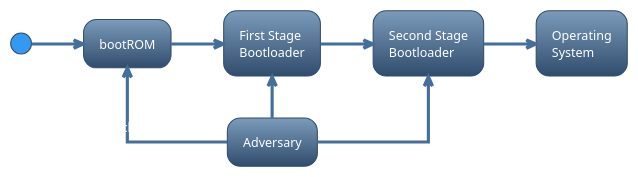
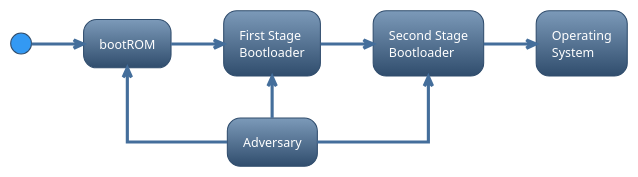
One commit to orjangj/cookbook changed the second of 10 diagrams in security/secure_boot.md. Above: the diagram before and after it, drawn with PlantUML. The commit also changed other lines of this file, not shown here.

Commit message:
secure boot: finalize abstract and introduction

````diff
--- a/security/secure_boot.md
+++ b/security/secure_boot.md
@@ -111,17 +117,17 @@
 ```plantuml
 @startuml
 
 !theme spacelab
 skinparam nodesep 50
 skinparam linetype ortho
 
 (*) -right-> "bootROM"
 -> "First Stage\nBootloader"
 -> "Second Stage\nBootloader"
 -> "Operating\nSystem"
-"Adversary" -up->[Attack] "bootROM"
-"Adversary" -up->[Attack] "First Stage\nBootloader"
-"Adversary" -up->[Attack] "Second Stage\nBootloader"
+"Adversary" -up-> "bootROM"
+"Adversary" -up-> "First Stage\nBootloader"
+"Adversary" -up-> "Second Stage\nBootloader"
 
 @enduml
 ```
````
